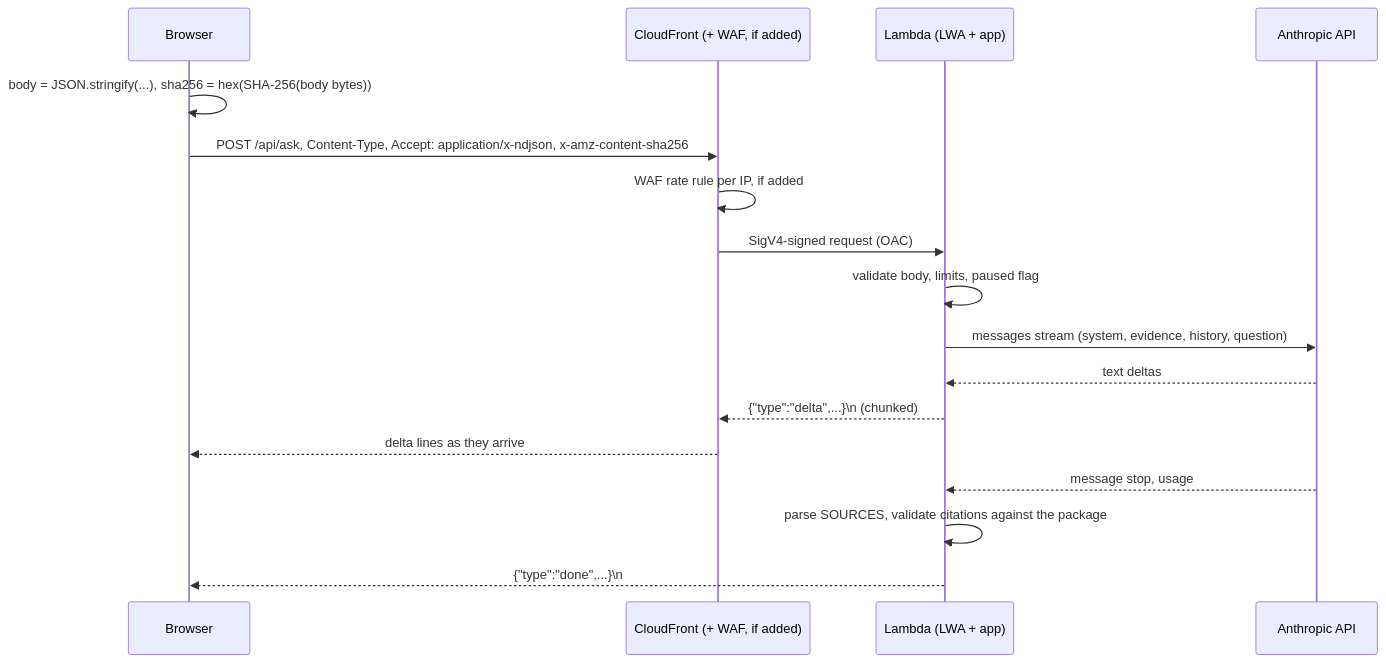
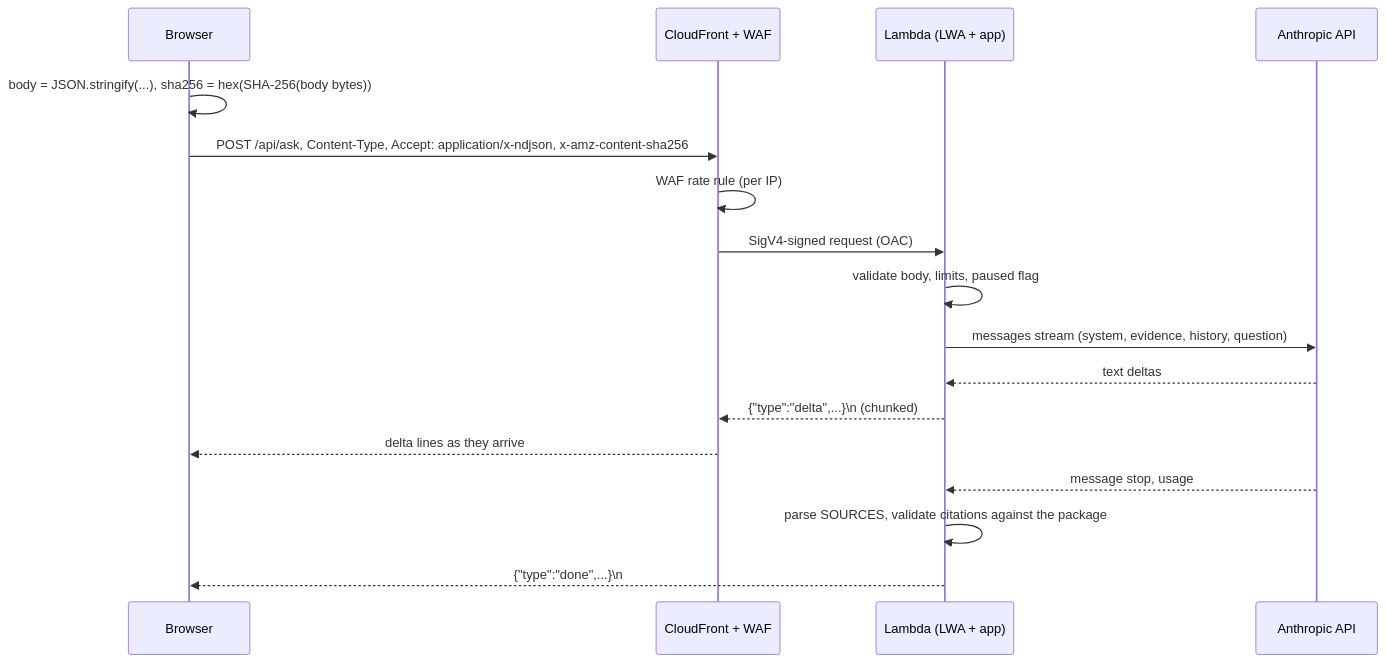
One commit to lucaselia10/lucaselia.dev changed the second of 2 diagrams in docs/design/production-assistant.md. Above: the diagram before and after it, drawn with Mermaid. The commit also changed other lines of this file and 69 other files, not shown here.

Commit message:
Add assistant stack, API behavior, and WAF rate limit

````diff
--- a/docs/design/production-assistant.md
+++ b/docs/design/production-assistant.md
@@ -52,19 +52,19 @@
 ```mermaid
 sequenceDiagram
   participant B as Browser
-  participant CF as CloudFront (+ WAF, if added)
+  participant CF as CloudFront + WAF
   participant L as Lambda (LWA + app)
   participant A as Anthropic API
   B->>B: body = JSON.stringify(...), sha256 = hex(SHA-256(body bytes))
   B->>CF: POST /api/ask, Content-Type, Accept: application/x-ndjson, x-amz-content-sha256
-  CF->>CF: WAF rate rule per IP, if added
+  CF->>CF: WAF rate rule (per IP)
   CF->>L: SigV4-signed request (OAC)
   L->>L: validate body, limits, paused flag
   L->>A: messages stream (system, evidence, history, question)
   A-->>L: text deltas
   L-->>CF: {"type":"delta",...}\n (chunked)
   CF-->>B: delta lines as they arrive
   A-->>L: message stop, usage
   L->>L: parse SOURCES, validate citations against the package
   L-->>B: {"type":"done",...}\n
 ```
````
